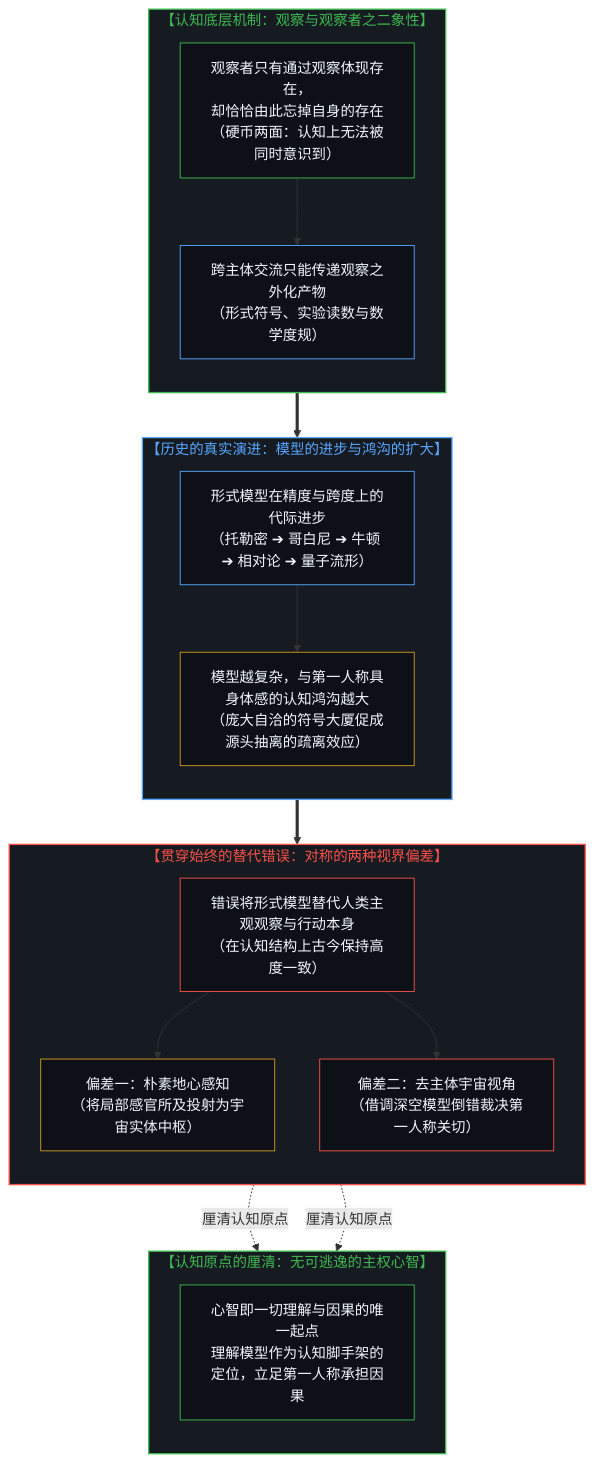
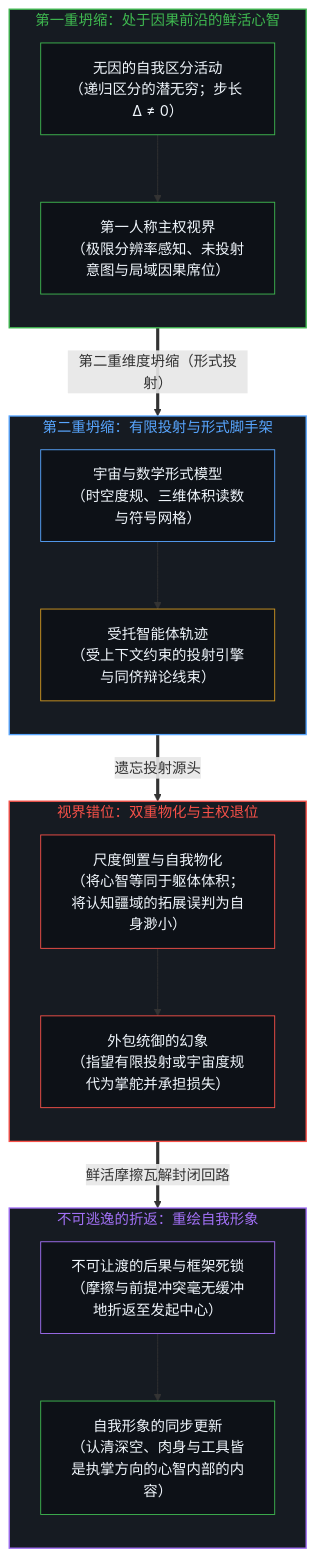
One commit to powerpig99/not-a-toe changed the first of 2 diagrams in content/posts/one-cannot-escape-ones-own-mind.md. Above: the diagram before and after it, drawn with Mermaid. The commit also changed other lines of this file and 4 other files, not shown here.

````diff
--- a/content/posts/one-cannot-escape-ones-own-mind.md
+++ b/content/posts/one-cannot-escape-ones-own-mind.md
@@ -203,48 +71,47 @@
 ```mermaid
 flowchart TD
-    subgraph S_CognitiveConstraint ["【认知底层机制：观察与观察者之二象性】"]
+    subgraph S_First["第一重坍缩：处于因果前沿的鲜活心智"]
         direction TB
-        D1["观察者只有通过观察体现存在，<br/>却恰恰由此忘掉自身的存在<br/>（硬币两面：认知上无法被同时意识到）"]
-        D2["跨主体交流只能传递观察之外化产物<br/>（形式符号、实验读数与数学度规）"]
-        D1 --> D2
+        F_Edge["无因的自我区分活动<br/>（递归区分的潜无穷；步长 Δ ≠ 0）"]
+        F_Seat["第一人称主权视界<br/>（极限分辨率感知、未投射意图与局域因果席位）"]
+        F_Edge --> F_Seat
     end
 
-    subgraph S_HistoricalProgress ["【历史的真实演进：模型的进步与鸿沟的扩大】"]
+    subgraph S_Second["第二重坍缩：有限投射与形式脚手架"]
         direction TB
-        P1["形式模型在精度与跨度上的代际进步<br/>（托勒密 ➔ 哥白尼 ➔ 牛顿 ➔ 相对论 ➔ 量子流形）"]
-        P2["模型越复杂，与第一人称具身体感的认知鸿沟越大<br/>（庞大自洽的符号大厦促成源头抽离的疏离效应）"]
-        P1 --> P2
+        P_Cosmic["宇宙与数学形式模型<br/>（时空度规、三维体积读数与符号网格）"]
+        P_Agent["受托智能体轨迹<br/>（受上下文约束的投射引擎与同侪辩论线束）"]
+        P_Cosmic --> P_Agent
     end
 
-    subgraph S_InvariantError ["【贯穿始终的替代错误：对称的两种视界偏差】"]
+    subgraph S_Inversion["视界错位：双重物化与主权退位"]
         direction TB
-        E1["错误将形式模型替代人类主观观察与行动本身<br/>（在认知结构上古今保持高度一致）"]
-        T1["偏差一：朴素地心感知<br/>（将局部感官所及投射为宇宙实体中枢）"]
-        T2["偏差二：去主体宇宙视角<br/>（借调深空模型倒错裁决第一人称关切）"]
-        E1 --> T1
-        E1 --> T2
+        I_Scale["尺度倒置与自我物化<br/>（将心智等同于躯体体积；将认知疆域的拓展误判为自身渺小）"]
+        I_Abdicate["外包统御的幻象<br/>（指望有限投射或宇宙度规代为掌舵并承担损失）"]
+        I_Scale --> I_Abdicate
     end
 
-    subgraph S_SovereignReturn ["【认知原点的厘清：无可逃逸的主权心智】"]
+    subgraph S_Return["不可逃逸的折返：重绘自我形象"]
         direction TB
-        SR1["心智即一切理解与因果的唯一起点<br/>理解模型作为认知脚手架的定位，立足第一人称承担因果"]
+        R_Lock["不可让渡的后果与框架死锁<br/>（摩擦与前提冲突毫无缓冲地折返至发起中心）"]
+        R_Update["自我形象的同步更新<br/>（认清深空、肉身与工具皆是执掌方向的心智内部的内容）"]
+        R_Lock --> R_Update
     end
 
-    D2 ==> P1
-    P2 ==> E1
-    T1 -.->|"厘清认知原点"| SR1
-    T2 -.->|"厘清认知原点"| SR1
+    F_Seat ==>|"第二重维度坍缩（形式投射）"| P_Cosmic
+    P_Agent ==>|"遗忘投射源头"| I_Scale
+    I_Abdicate ==>|"鲜活摩擦瓦解封闭回路"| R_Lock
 
-    style S_CognitiveConstraint fill:#161b22,stroke:#3fb950,stroke-width:1.5px,color:#3fb950
-    style S_HistoricalProgress fill:#161b22,stroke:#58a6ff,stroke-width:1.5px,color:#58a6ff
-    style S_InvariantError fill:#161b22,stroke:#f85149,stroke-width:1.5px,color:#f85149
-    style S_SovereignReturn fill:#161b22,stroke:#3fb950,stroke-width:1.5px,color:#3fb950
-    style D1 fill:#0d1117,stroke:#3fb950,stroke-width:1px,color:#f0f6fc
-    style D2 fill:#0d1117,stroke:#58a6ff,stroke-width:1px,color:#f0f6fc
-    style P1 fill:#0d1117,stroke:#58a6ff,stroke-width:1px,color:#f0f6fc
-    style P2 fill:#0d1117,stroke:#d29922,stroke-width:1px,color:#f0f6fc
-    style E1 fill:#0d1117,stroke:#f85149,stroke-width:1px,color:#f0f6fc
-    style T1 fill:#0d1117,stroke:#d29922,stroke-width:1px,color:#f0f6fc
-    style T2 fill:#0d1117,stroke:#f85149,stroke-width:1px,color:#f0f6fc
-    style SR1 fill:#0d1117,stroke:#3fb950,stroke-width:1px,color:#f0f6fc
+    style S_First fill:#161b22,stroke:#3fb950,stroke-width:1.5px,color:#3fb950
+    style S_Second fill:#161b22,stroke:#58a6ff,stroke-width:1.5px,color:#58a6ff
+    style S_Inversion fill:#161b22,stroke:#f85149,stroke-width:1.5px,color:#f85149
+    style S_Return fill:#161b22,stroke:#a371f7,stroke-width:1.5px,color:#a371f7
+    style F_Edge fill:#0d1117,stroke:#3fb950,stroke-width:1px,color:#f0f6fc
+    style F_Seat fill:#0d1117,stroke:#3fb950,stroke-width:1px,color:#f0f6fc
+    style P_Cosmic fill:#0d1117,stroke:#58a6ff,stroke-width:1px,color:#f0f6fc
+    style P_Agent fill:#0d1117,stroke:#d29922,stroke-width:1px,color:#f0f6fc
+    style I_Scale fill:#0d1117,stroke:#f85149,stroke-width:1px,color:#f0f6fc
+    style I_Abdicate fill:#0d1117,stroke:#f85149,stroke-width:1px,color:#f0f6fc
+    style R_Lock fill:#0d1117,stroke:#a371f7,stroke-width:1px,color:#f0f6fc
+    style R_Update fill:#0d1117,stroke:#3fb950,stroke-width:1px,color:#f0f6fc
 ```
````
